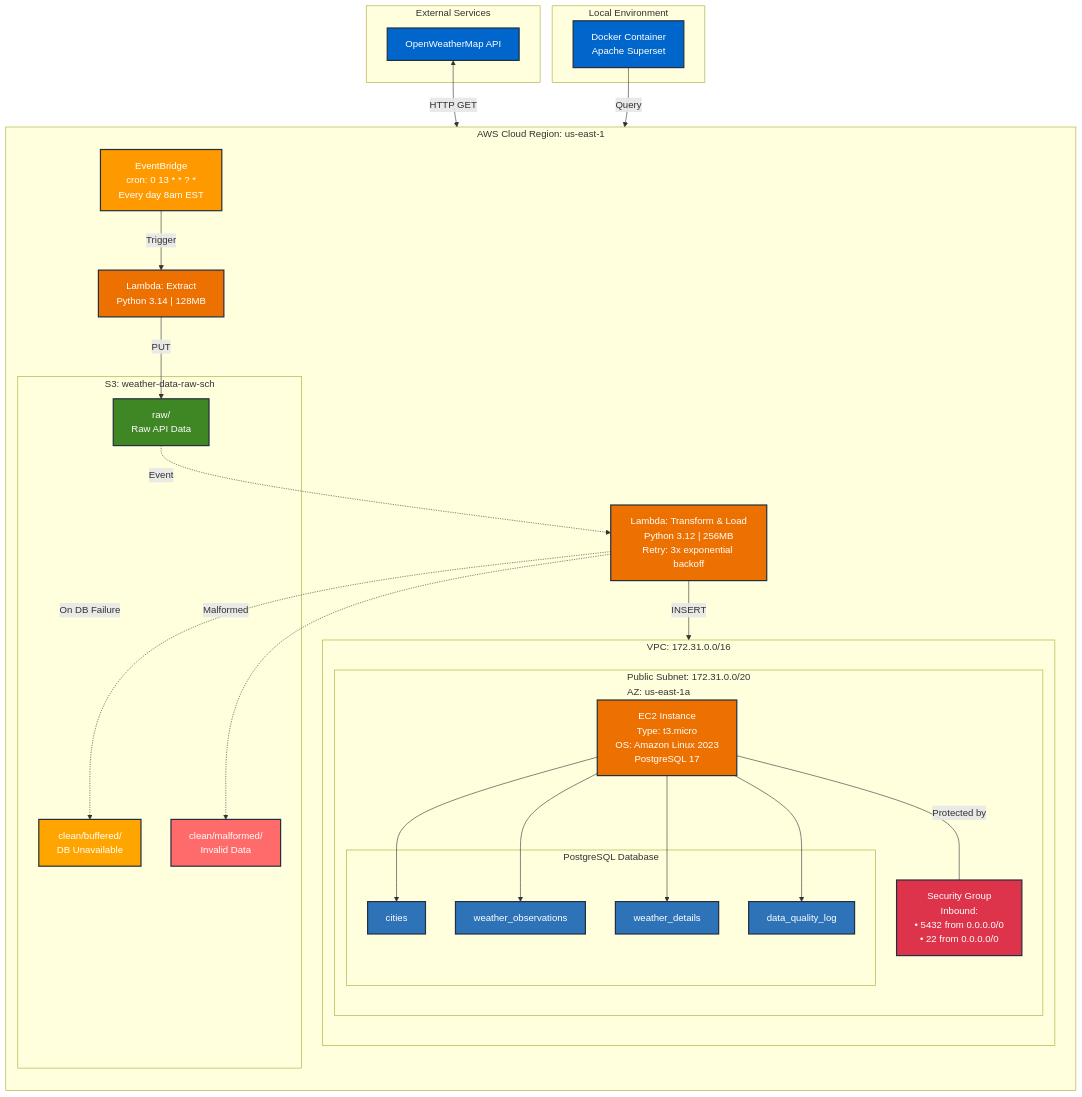
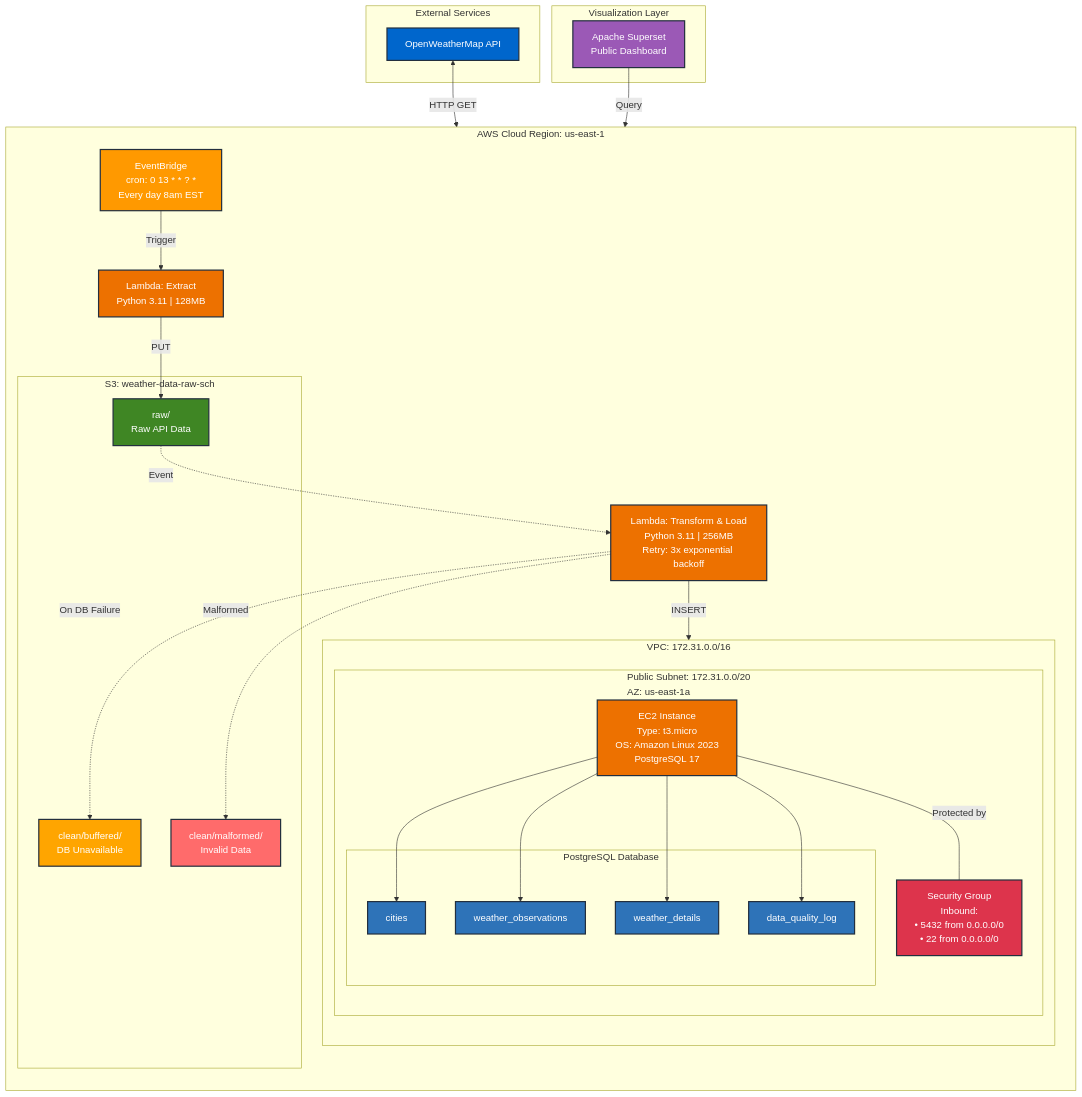
One commit to Seamus-Hennigan/WeatherETL changed the second of 5 diagrams in README.md. Above: the diagram before and after it, drawn with Mermaid. The commit also changed other lines of this file, not shown here.

Commit message:
updated diagrams

````diff
--- a/README.md
+++ b/README.md
@@ -120,74 +120,75 @@
 ```mermaid
 ---
 config:
   layout: dagre
 ---
 flowchart TB
  subgraph External["External Services"]
         API["OpenWeatherMap API"]
   end
  subgraph DB["PostgreSQL Database"]
         T1["cities"]
         T2["weather_observations"]
         T3["weather_details"]
         T4["data_quality_log"]
   end
  subgraph Subnet["Public Subnet: 172.31.0.0/20<br/>AZ: us-east-1a"]
-        EC2["EC2 Instance<br>Type: t3.micro<br>OS: Amazon Linux 2023<br>PostgreSQL 17"]
+        EC2["EC2 Instance<br/>Type: t3.micro<br/>OS: Amazon Linux 2023<br/>PostgreSQL 17"]
         DB
-        SG["Security Group<br>Inbound:<br>• 5432 from 0.0.0.0/0<br>• 22 from 0.0.0.0/0"]
+        SG["Security Group<br/>Inbound:<br/>• 5432 from 0.0.0.0/0<br/>• 22 from 0.0.0.0/0"]
   end
  subgraph VPC["VPC: 172.31.0.0/16"]
     direction TB
         Subnet
   end
  subgraph S3["S3: weather-data-raw-sch"]
         S3Raw["raw/<br/>Raw API Data"]
         S3Buffered["clean/buffered/<br/>DB Unavailable"]
         S3Malformed["clean/malformed/<br/>Invalid Data"]
   end
  subgraph AWS["AWS Cloud Region: us-east-1"]
     direction TB
-        EB["EventBridge<br/>cron: 0 13 * * ? *<br>Every day 8am EST"]
-        L1["Lambda: Extract<br/>Python 3.14 | 128MB"]
+        EB["EventBridge<br/>cron: 0 13 * * ? *<br/>Every day 8am EST"]
+        L1["Lambda: Extract<br/>Python 3.11 | 128MB"]
         S3
-        L2["Lambda: Transform & Load<br/>Python 3.12 | 256MB<br/>Retry: 3x exponential backoff"]
+        L2["Lambda: Transform & Load<br/>Python 3.11 | 256MB<br/>Retry: 3x exponential backoff"]
         VPC
   end
- subgraph Local["Local Environment"]
-        Docker["Docker Container<br>Apache Superset"]
+ subgraph Visualization["Visualization Layer"]
+        Superset["Apache Superset<br/>Public Dashboard"]
   end
     API <-- HTTP GET --> L1
     EB -- Trigger --> L1
     L1 -- PUT --> S3Raw
     S3Raw -. Event .-> L2
     L2 -- INSERT --> EC2
     L2 -.->|On DB Failure| S3Buffered
     L2 -.->|Malformed| S3Malformed
     EC2 --> T1 & T2 & T3 & T4
     EC2 -- Protected by --- SG
-    Docker -- Query --> EC2
+    Superset -- Query --> EC2
 
      API:::external
      T1:::database
      T2:::database
      T3:::database
      T4:::database
      EC2:::compute
      SG:::security
      EB:::orchestration
      L1:::compute
      S3Raw:::storage
      S3Buffered:::buffer
      S3Malformed:::error
      L2:::compute
-     Docker:::external
+     Superset:::visualization
     classDef orchestration fill:#FF9900,stroke:#232F3E,stroke-width:2px,color:#fff
     classDef compute fill:#ED7100,stroke:#232F3E,stroke-width:2px,color:#fff
     classDef storage fill:#3F8624,stroke:#232F3E,stroke-width:2px,color:#fff
     classDef buffer fill:#FFA500,stroke:#232F3E,stroke-width:2px,color:#fff
     classDef error fill:#FF6B6B,stroke:#232F3E,stroke-width:2px,color:#fff
     classDef database fill:#2E73B8,stroke:#232F3E,stroke-width:2px,color:#fff
     classDef external fill:#0066CC,stroke:#232F3E,stroke-width:2px,color:#fff
     classDef security fill:#DD344C,stroke:#232F3E,stroke-width:2px,color:#fff
+    classDef visualization fill:#9B59B6,stroke:#232F3E,stroke-width:2px,color:#fff
 ```
````
